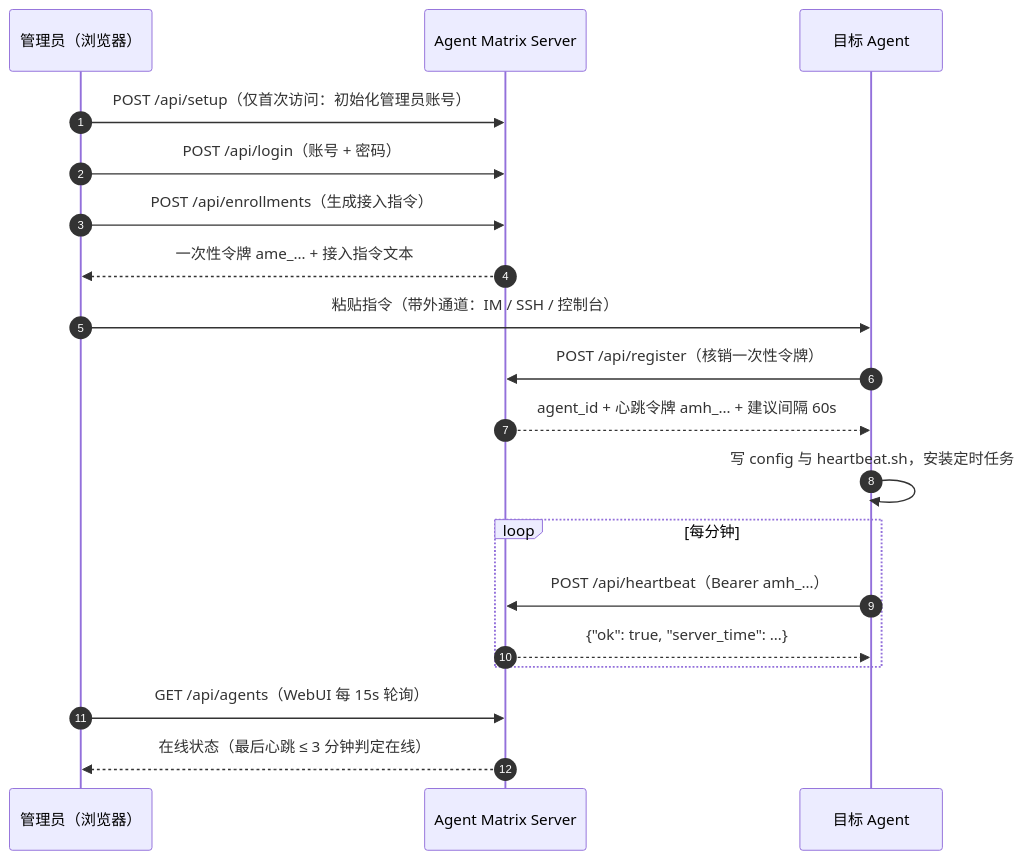
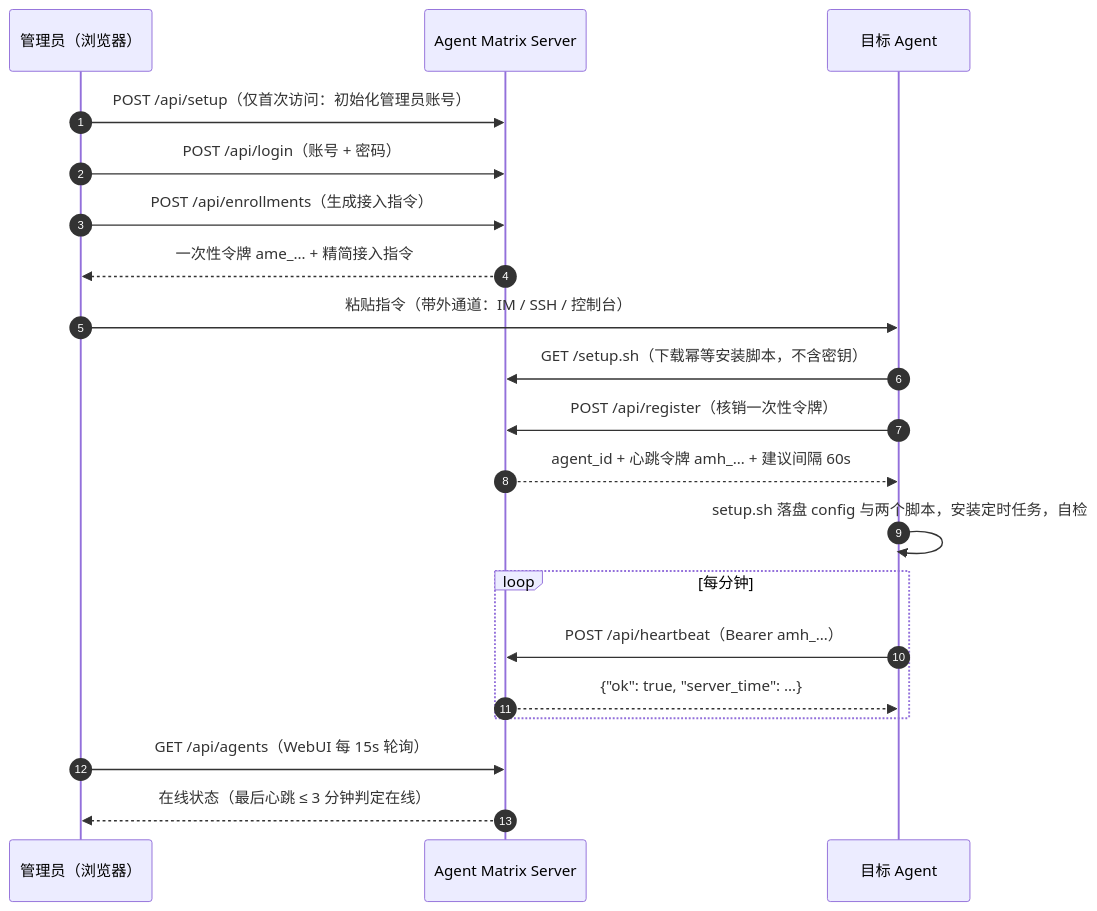
Before and after one commit to HankGuo/agent-matrix: the third of 5 diagrams in README.md, drawn with Mermaid. The commit also changed other lines of this file and 6 other files, not shown here.

````diff
--- a/README.md
+++ b/README.md
@@ -57,22 +56,23 @@
 ```mermaid
 sequenceDiagram
     autonumber
     participant A as 管理员（浏览器）
     participant S as Agent Matrix Server
     participant G as 目标 Agent
 
     A->>S: POST /api/setup（仅首次访问：初始化管理员账号）
     A->>S: POST /api/login（账号 + 密码）
     A->>S: POST /api/enrollments（生成接入指令）
-    S-->>A: 一次性令牌 ame_… + 接入指令文本
+    S-->>A: 一次性令牌 ame_… + 精简接入指令
     A->>G: 粘贴指令（带外通道：IM / SSH / 控制台）
+    G->>S: GET /setup.sh（下载幂等安装脚本，不含密钥）
     G->>S: POST /api/register（核销一次性令牌）
     S-->>G: agent_id + 心跳令牌 amh_… + 建议间隔 60s
-    G->>G: 写 config 与 heartbeat.sh，安装定时任务
+    G->>G: setup.sh 落盘 config 与两个脚本，安装定时任务，自检
     loop 每分钟
         G->>S: POST /api/heartbeat（Bearer amh_…）
         S-->>G: {"ok": true, "server_time": …}
     end
     A->>S: GET /api/agents（WebUI 每 15s 轮询）
     S-->>A: 在线状态（最后心跳 ≤ 3 分钟判定在线）
 ```
````
